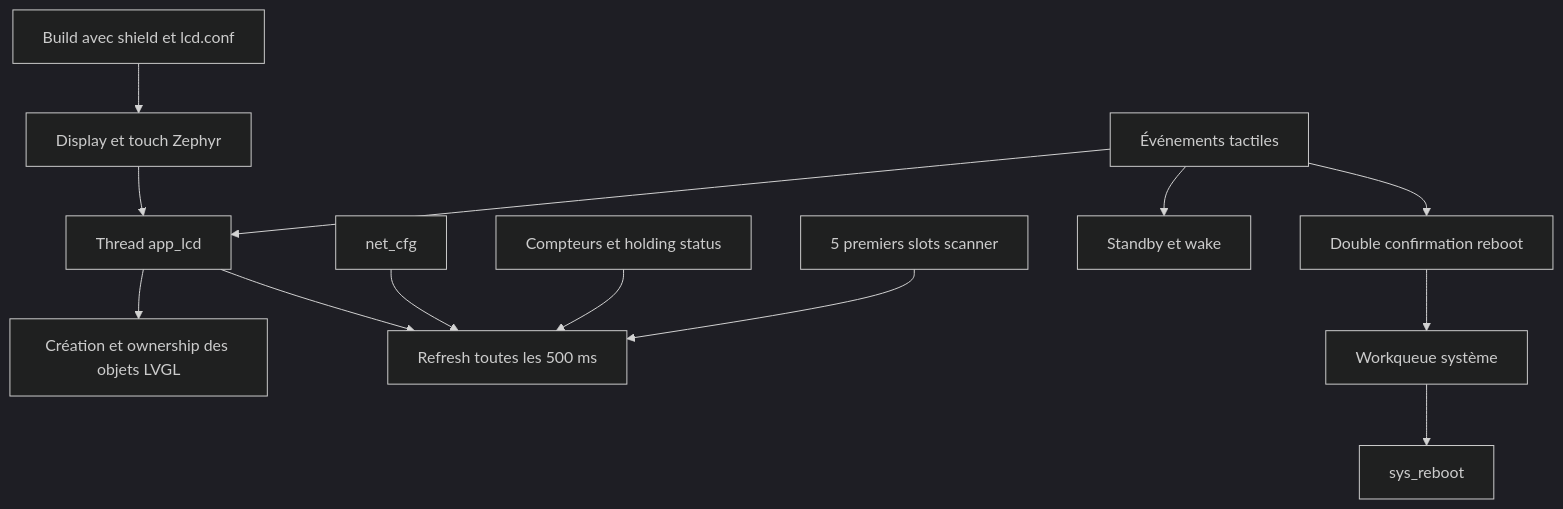
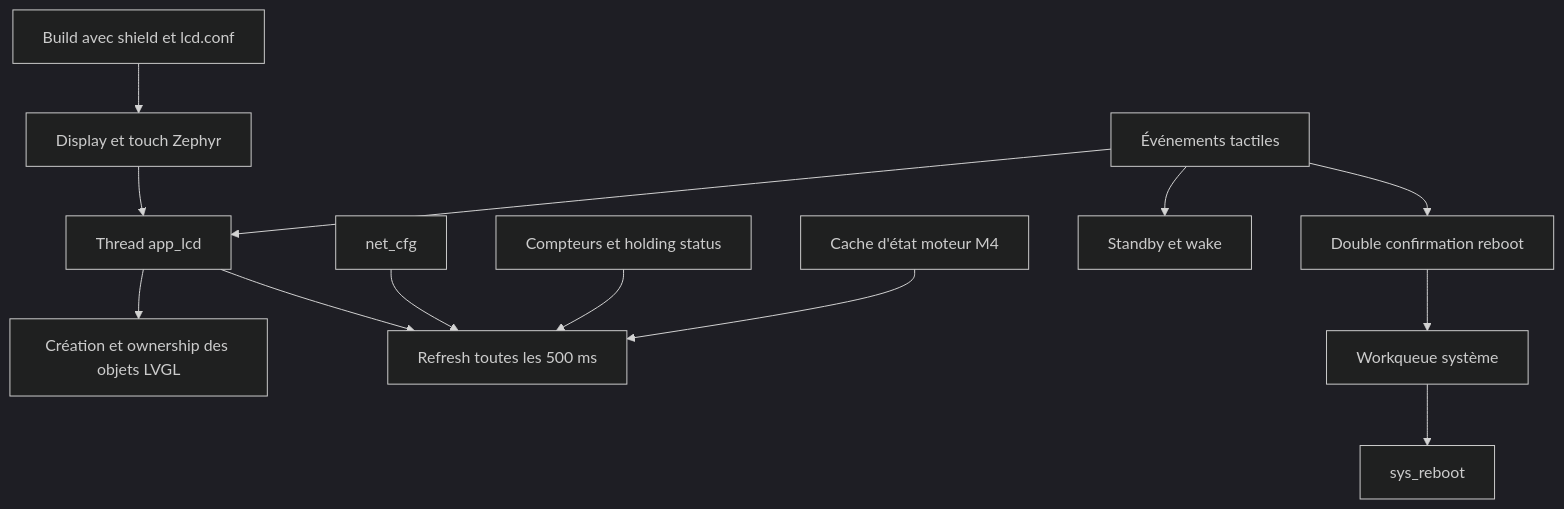
One commit to BehloulAmine/industrial-ethernet changed the diagram in app_m7/src/ui/DES04_LCD.md. Above: the diagram before and after it, drawn with Mermaid (dark theme). The commit also changed other lines of this file and 2 other files, not shown here.

Commit message:
Phase 10: refactor LCD and Modbus components to enhance motor state display and IPC integration

````diff
--- a/app_m7/src/ui/DES04_LCD.md
+++ b/app_m7/src/ui/DES04_LCD.md
@@ -9,15 +9,15 @@
 ```mermaid
 flowchart TD
     Build["Build avec shield et lcd.conf"] --> ZephyrDisplay["Display et touch Zephyr"]
     ZephyrDisplay --> Thread["Thread app_lcd"]
     Thread --> LVGL["Création et ownership des objets LVGL"]
     Thread --> Refresh["Refresh toutes les 500 ms"]
     Net["net_cfg"] --> Refresh
     Modbus["Compteurs et holding status"] --> Refresh
-    Scanner["5 premiers slots scanner"] --> Refresh
+    IPC["Cache d'état moteur M4"] --> Refresh
     Touch["Événements tactiles"] --> Thread
     Touch --> Sleep["Standby et wake"]
     Touch --> Confirm["Double confirmation reboot"]
     Confirm --> Work["Workqueue système"]
     Work --> Reboot["sys_reboot"]
 ```
````
